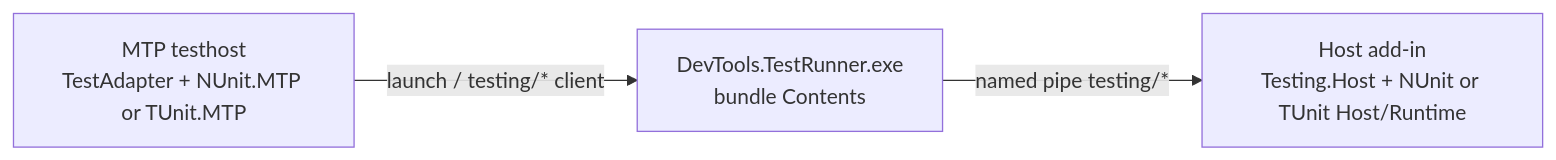
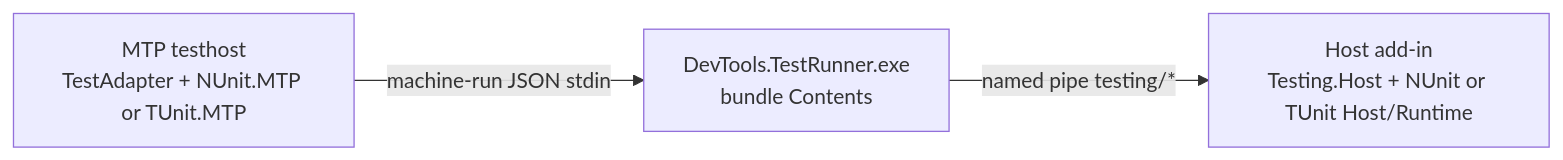
One commit to trgiangv/RevitDevTool changed the diagram in docs/architecture/Testing/README.md. Above: the diagram before and after it, drawn with Mermaid. The commit also changed other lines of this file and 91 other files, not shown here.

First line of the commit message:
feat(testing): close run contracts and send adapter runs as machine-run JSON

````diff
--- a/docs/architecture/Testing/README.md
+++ b/docs/architecture/Testing/README.md
@@ -169,9 +174,9 @@
 ```mermaid
 flowchart LR
   Testhost["MTP testhost\nTestAdapter + NUnit.MTP or TUnit.MTP"]
   Runner["DevTools.TestRunner.exe\nbundle Contents"]
   Host["Host add-in\nTesting.Host + NUnit or TUnit Host/Runtime"]
 
-  Testhost -->|"launch / testing/* client"| Runner
+  Testhost -->|"machine-run JSON stdin"| Runner
   Runner -->|"named pipe testing/*"| Host
 ```
````
